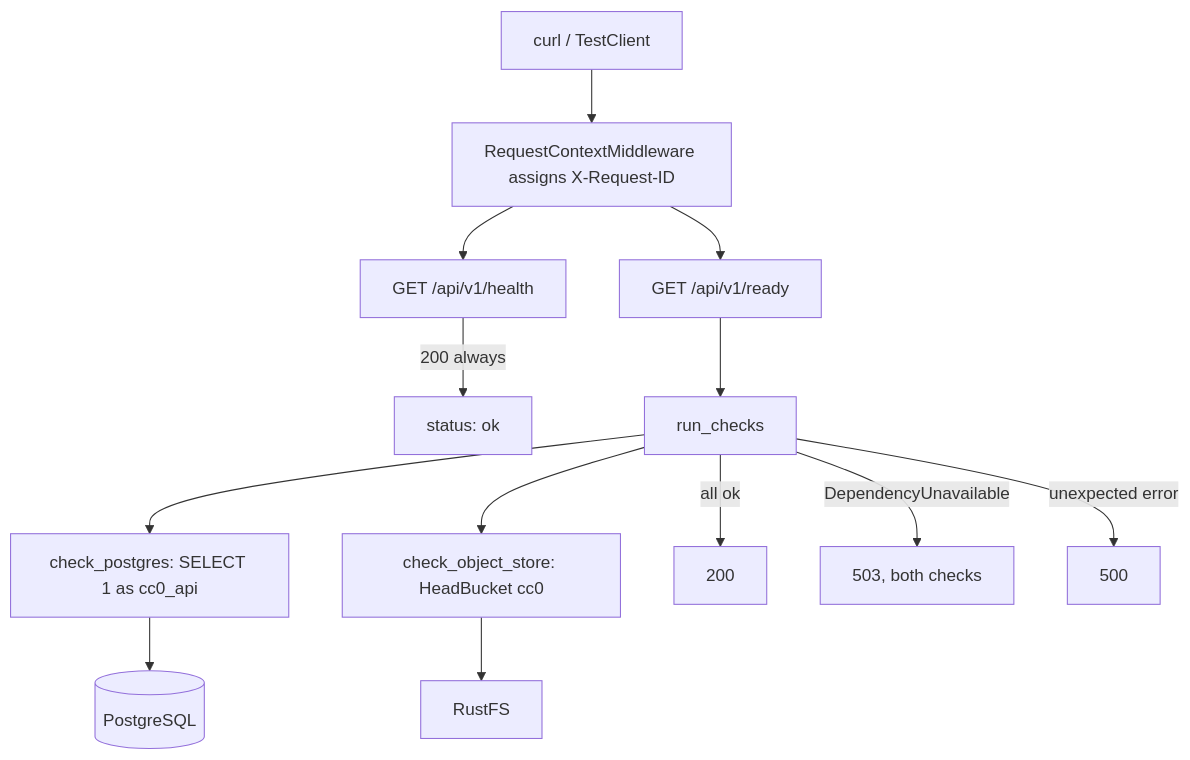
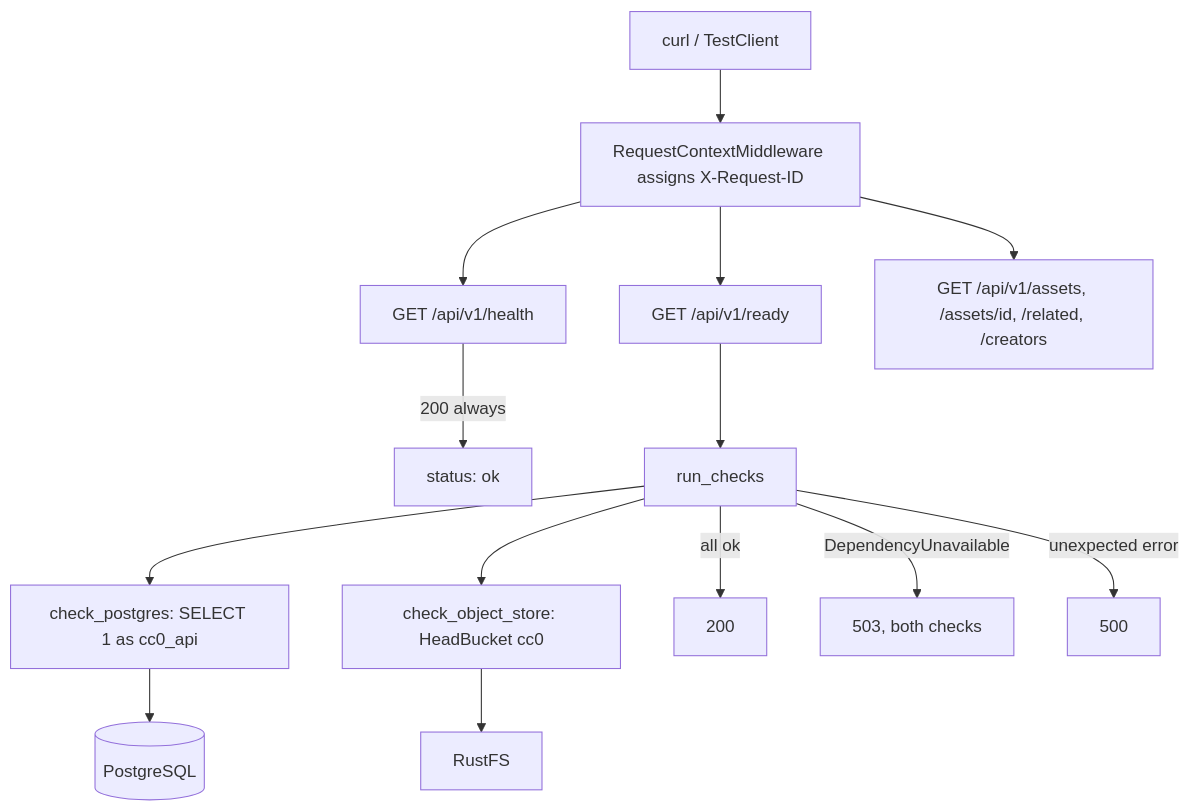
The diagram in docs/systems/api.md (justinleski/cc0), drawn with Mermaid before and after one commit. The commit also changed other lines of this file and 12 other files, not shown here.

````diff
--- a/docs/systems/api.md
+++ b/docs/systems/api.md
@@ -18,15 +18,16 @@
 ```mermaid
 flowchart TB
   CLIENT["curl / TestClient"] --> MW["RequestContextMiddleware assigns X-Request-ID"]
   MW --> HEALTH["GET /api/v1/health"]
   MW --> READY["GET /api/v1/ready"]
+  MW --> SEARCH["GET /api/v1/assets, /assets/id, /related, /creators"]
   HEALTH -->|"200 always"| OUT200["status: ok"]
   READY --> RUN["run_checks"]
   RUN --> CPG["check_postgres: SELECT 1 as cc0_api"]
   RUN --> COBJ["check_object_store: HeadBucket cc0"]
   CPG --> PG[("PostgreSQL")]
   COBJ --> FS["RustFS"]
   RUN -->|"all ok"| OUT["200"]
   RUN -->|"DependencyUnavailable"| OUT503["503, both checks"]
   RUN -->|"unexpected error"| OUT500["500"]
 ```
````
